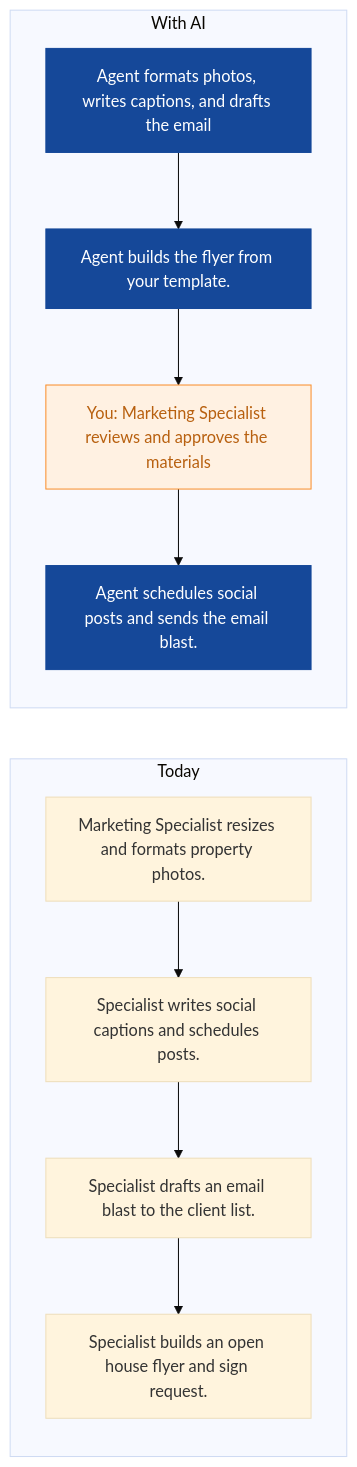
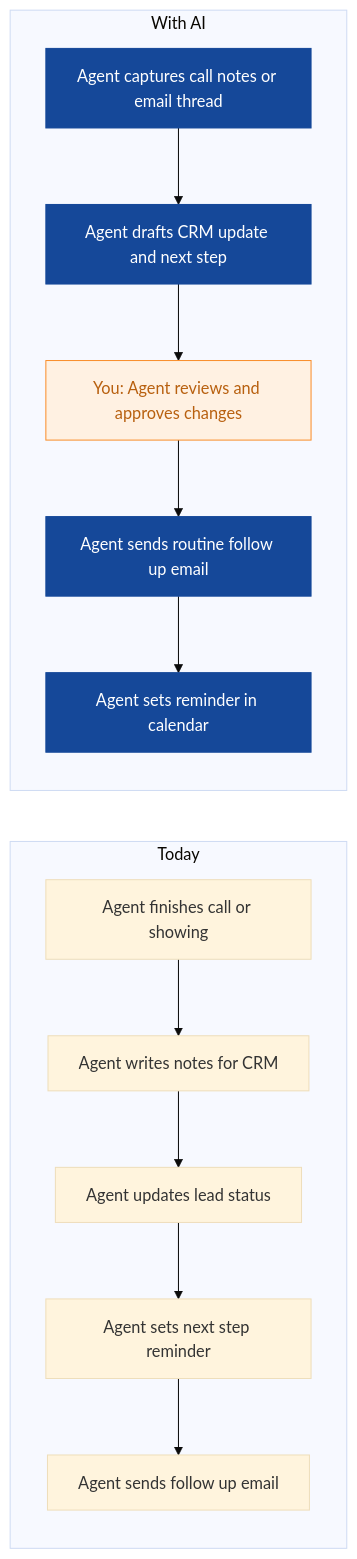
The eighth of 9 diagrams in strategies/northpeak-realty.md (nexibeo/Complete-AI-Strategy), drawn with Mermaid (base theme) before and after one commit. The commit also changed other lines of this file and 26 other files, not shown here.

````diff
--- a/strategies/northpeak-realty.md
+++ b/strategies/northpeak-realty.md
@@ -212,21 +255,23 @@
 ```mermaid
 flowchart LR
   subgraph Today
-    B0["Marketing Specialist resizes and formats property photos."]
-    B1["Specialist writes social captions and schedules posts."]
-    B2["Specialist drafts an email blast to the client list."]
-    B3["Specialist builds an open house flyer and sign request."]
-    B0 --> B1 --> B2 --> B3
+    B0["Agent finishes call or showing"]
+    B1["Agent writes notes for CRM"]
+    B2["Agent updates lead status"]
+    B3["Agent sets next step reminder"]
+    B4["Agent sends follow up email"]
+    B0 --> B1 --> B2 --> B3 --> B4
   end
   subgraph WithAI[With AI]
-    A0["Agent formats photos, writes captions, and drafts the email "]
-    A1["Agent builds the flyer from your template."]
-    A2["You: Marketing Specialist reviews and approves the materials"]
-    A3["Agent schedules social posts and sends the email blast."]
-    A0 --> A1 --> A2 --> A3
+    A0["Agent captures call notes or email thread"]
+    A1["Agent drafts CRM update and next step"]
+    A2["You: Agent reviews and approves changes"]
+    A3["Agent sends routine follow up email"]
+    A4["Agent sets reminder in calendar"]
+    A0 --> A1 --> A2 --> A3 --> A4
   end
   classDef ai fill:#154899,color:#fff,stroke:#154899
   classDef human fill:#FFF1E2,color:#B8600F,stroke:#F98F2C
-  class A0,A1,A3 ai
+  class A0,A1,A3,A4 ai
   class A2 human
 ```
````
